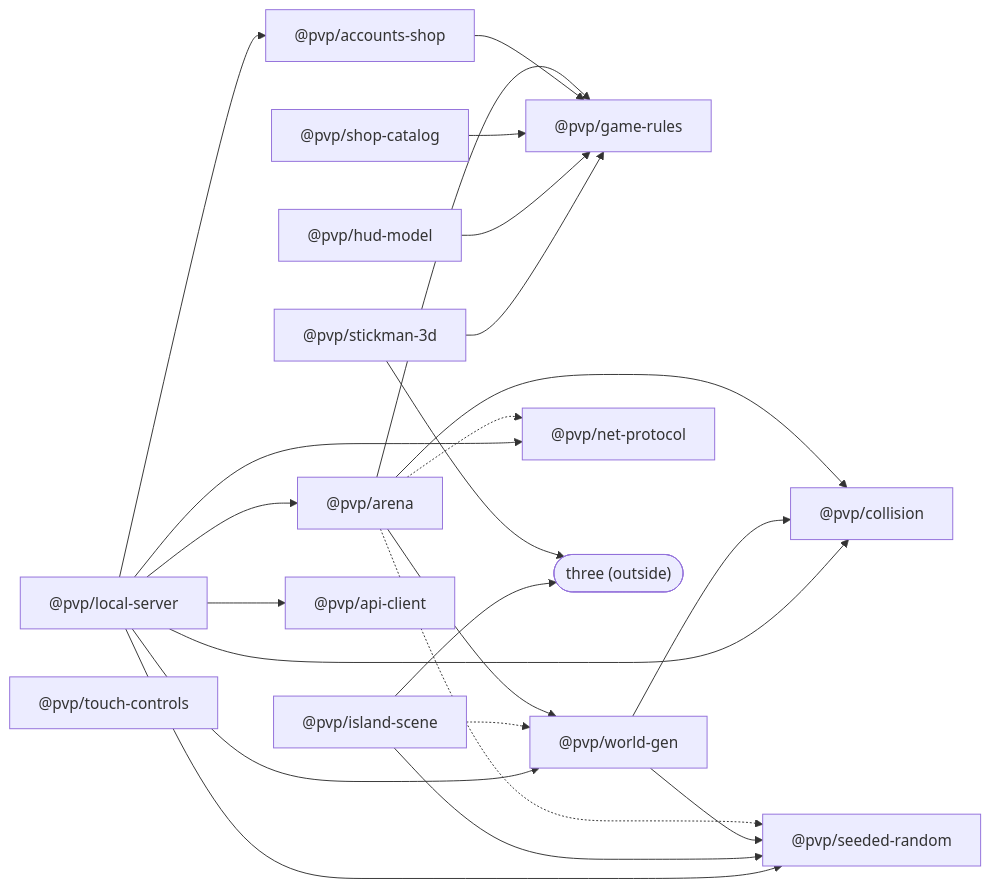
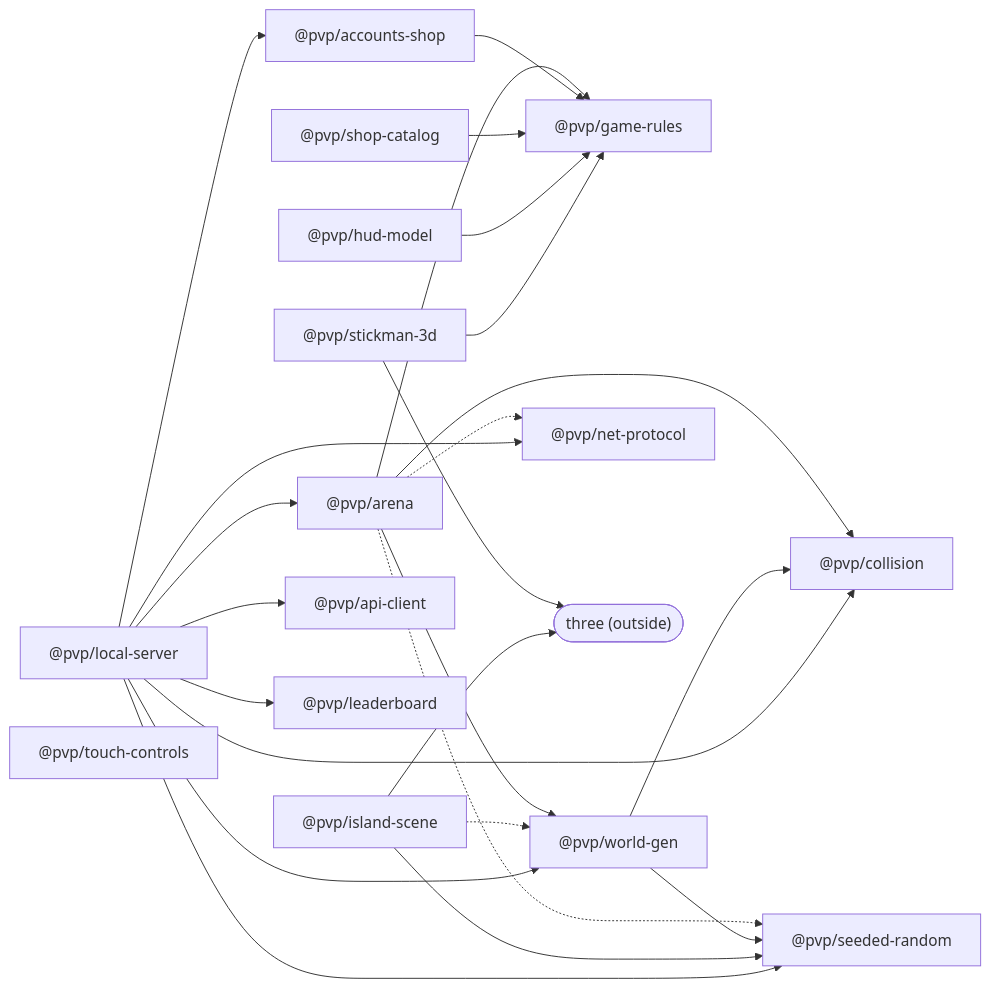
The diagram in CATALOG.md (henriquemedeiros23-dev/pvp), drawn with Mermaid before and after one commit. The commit also changed other lines of this file and 31 other files, not shown here.

First line of the commit message:
Ranking (#47): knockouts per account, @pvp/leaderboard, /api/ranking, RANKING screen

````diff
--- a/CATALOG.md
+++ b/CATALOG.md
@@ -15,27 +15,28 @@
 ```mermaid
 graph LR
   arena["@pvp/arena"] --> collision["@pvp/collision"]
   arena --> rules["@pvp/game-rules"]
   arena --> worldgen["@pvp/world-gen"]
   arena -.-> random["@pvp/seeded-random"]
   arena -.-> protocol["@pvp/net-protocol"]
   worldgen --> collision
   worldgen --> random
   accounts["@pvp/accounts-shop"] --> rules
   shop["@pvp/shop-catalog"] --> rules
   hud["@pvp/hud-model"] --> rules
   stickman["@pvp/stickman-3d"] --> rules
   stickman --> three(["three (outside)"])
   scene["@pvp/island-scene"] --> random
   scene --> three
   scene -.-> worldgen
   api["@pvp/api-client"]
   local["@pvp/local-server"] --> arena
   local --> accounts
   local --> api
   local --> protocol
   local --> worldgen
   local --> random
   local --> collision
+  local --> leaderboard["@pvp/leaderboard"]
   controls["@pvp/touch-controls"]
 ```
````
